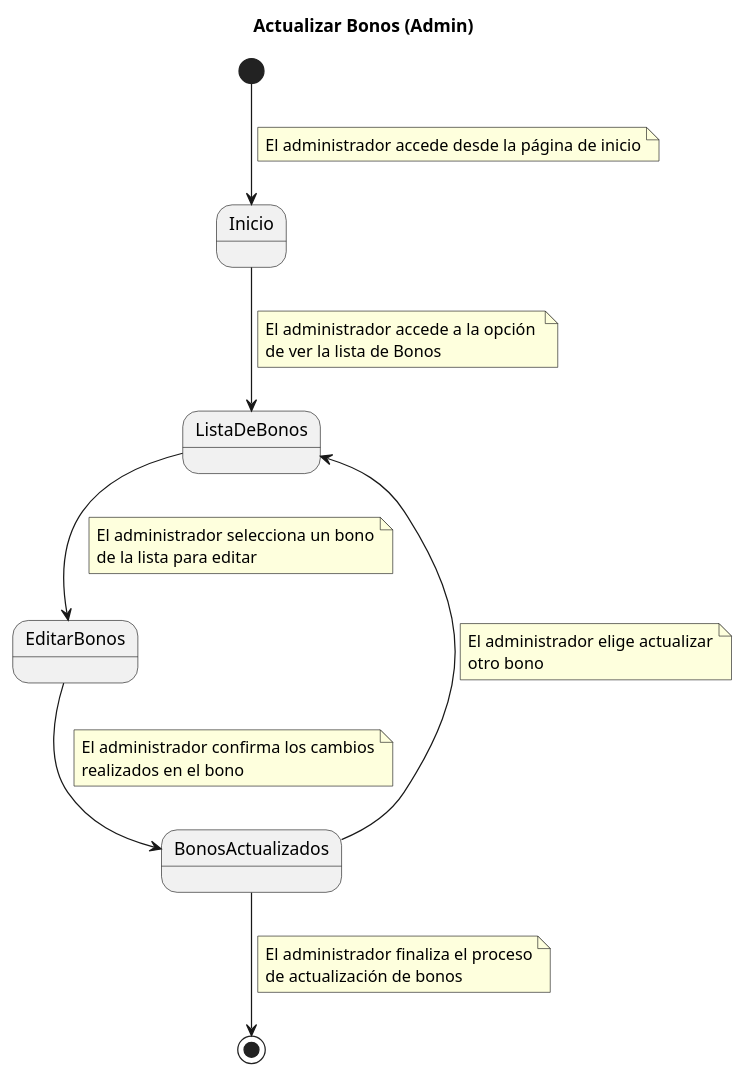
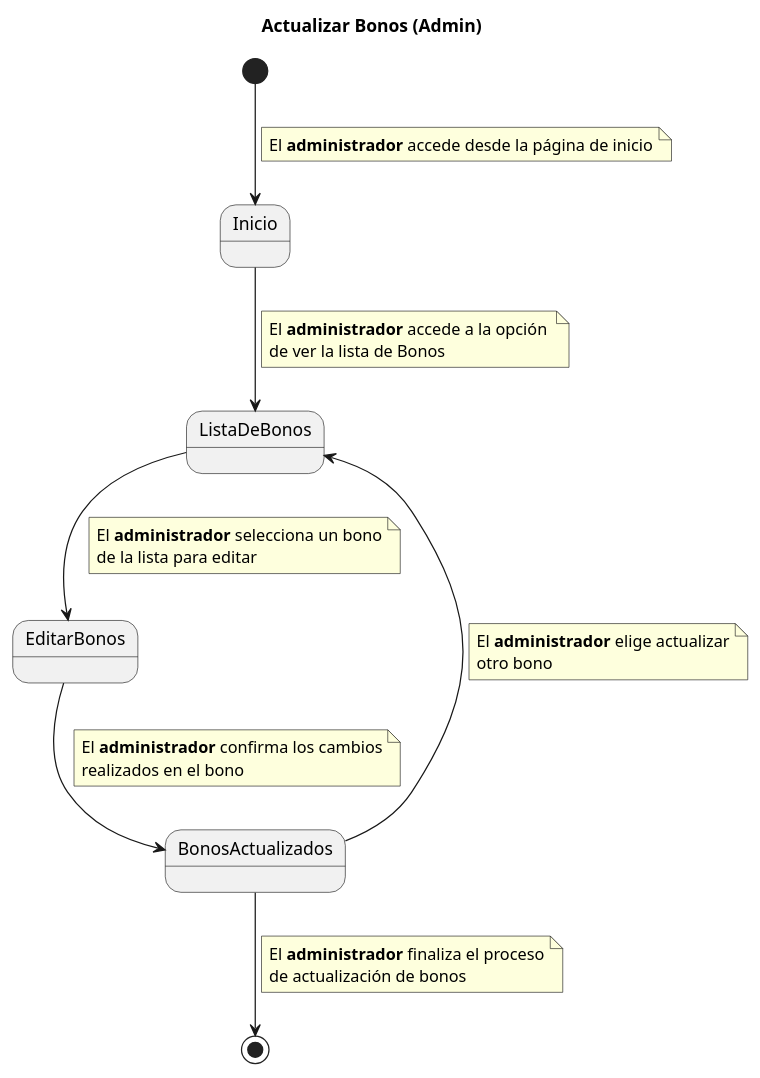
Before and after one commit to pablarce/23-24-IdSw1-SDR: the diagram in CasosDeUso/CduDetallados/CduBonos/ActualizarBonos.puml, drawn with PlantUML. The commit also changed 7 other files, not shown here.

```diff
--- a/CasosDeUso/CduDetallados/CduBonos/ActualizarBonos.puml
+++ b/CasosDeUso/CduDetallados/CduBonos/ActualizarBonos.puml
@@ -1,39 +1,39 @@
 @startuml
 title Actualizar Bonos (Admin)
 
 [*] --> Inicio
 note right on link
- El administrador accede desde la página de inicio
+ El **administrador** accede desde la página de inicio
 end note
 
 Inicio --> ListaDeBonos 
 note right on link
- El administrador accede a la opción 
+ El **administrador** accede a la opción 
  de ver la lista de Bonos
 end note
 
 ListaDeBonos --> EditarBonos
 note right on link
- El administrador selecciona un bono
+ El **administrador** selecciona un bono
  de la lista para editar
 end note
 
 EditarBonos --> BonosActualizados
 note right on link
- El administrador confirma los cambios
+ El **administrador** confirma los cambios
  realizados en el bono
 end note
 
 BonosActualizados --> ListaDeBonos
 note right on link
- El administrador elige actualizar
+ El **administrador** elige actualizar
  otro bono
 end note
 
 BonosActualizados --> [*]
 note right on link
- El administrador finaliza el proceso
+ El **administrador** finaliza el proceso
  de actualización de bonos
 end note
 
 @enduml
```
